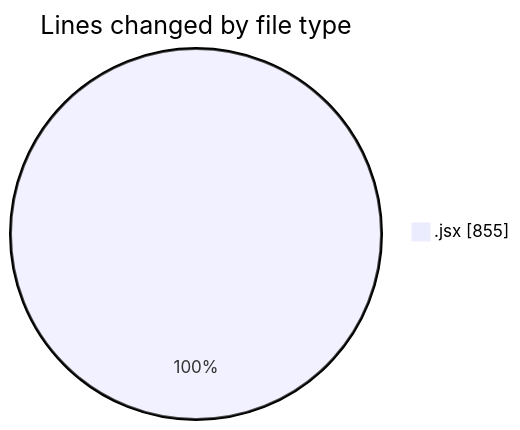
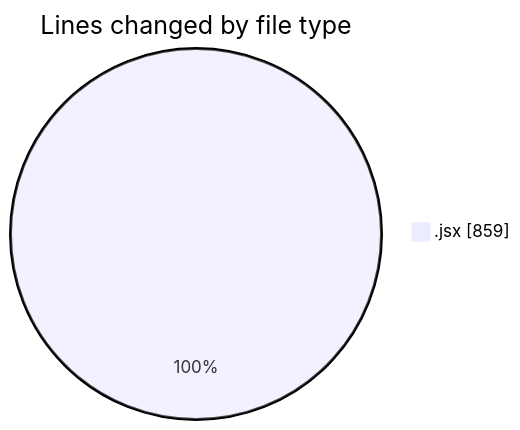
Before and after one commit to nxtqubesakshisongat/code-tracking: the first of 2 diagrams in 2025-12-08/nxtqube_webapp/README.md, drawn with Mermaid. The commit also changed other lines of this file and 1 other file, not shown here.

````diff
--- a/2025-12-08/nxtqube_webapp/README.md
+++ b/2025-12-08/nxtqube_webapp/README.md
@@ -22,5 +22,5 @@
 ```mermaid
 pie showData
 title Lines changed by file type
-".jsx" : 855
+".jsx" : 859
 ```
````
